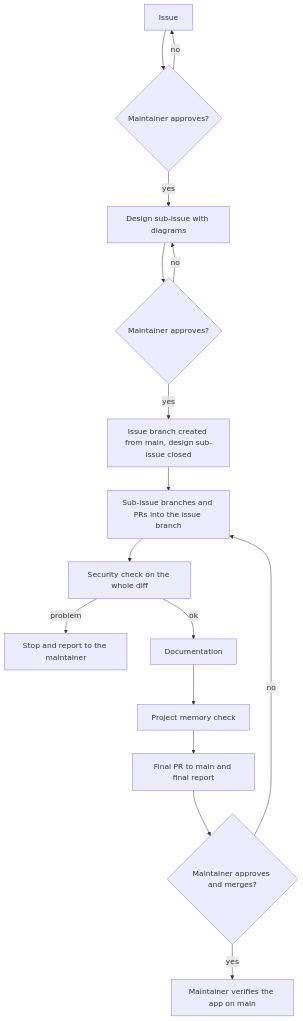
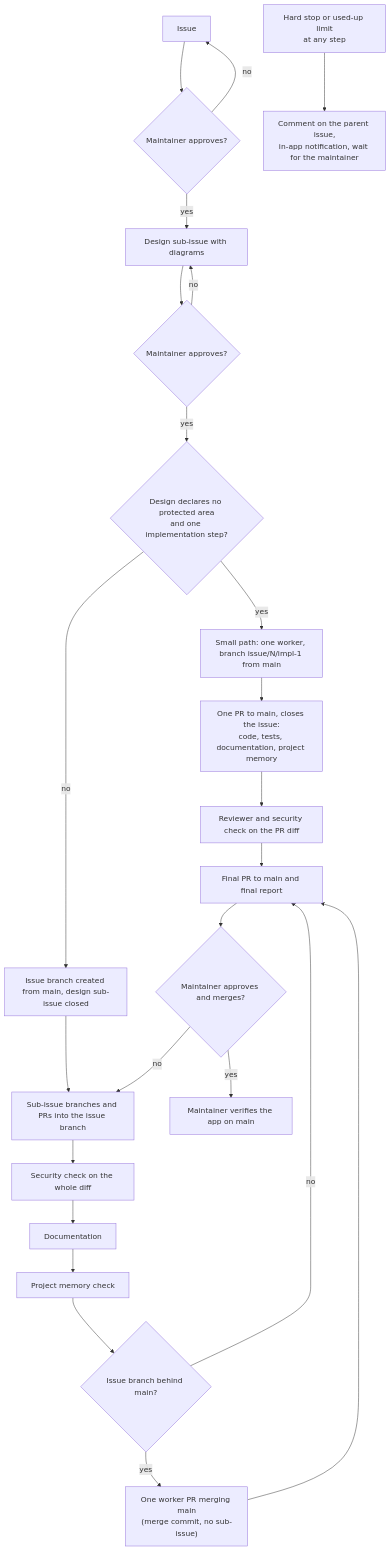
One commit to nuccio/google-tasks-enhancer changed the diagram in docs/maintainer-agent-workflow.md. Above: the diagram before and after it, drawn with Mermaid. The commit also changed other lines of this file and 2 other files, not shown here.

First line of the commit message:
Workflow rules: owner credentials, hard stops, small-issue path, permissions, final report

````diff
--- a/docs/maintainer-agent-workflow.md
+++ b/docs/maintainer-agent-workflow.md
@@ -25,18 +27,26 @@
 ```mermaid
 flowchart TD
     A[Issue] --> B{Maintainer approves?}
     B -- no --> A
     B -- yes --> C[Design sub-issue with diagrams]
     C --> D{Maintainer approves?}
     D -- no --> C
-    D -- yes --> E[Issue branch created from main, design sub-issue closed]
+    D -- yes --> P{"Design declares no protected area<br/>and one implementation step?"}
+    P -- yes --> S1["Small path: one worker, branch issue/N/impl-1 from main"]
+    S1 --> S2["One PR to main, closes the issue:<br/>code, tests, documentation, project memory"]
+    S2 --> S3["Reviewer and security check on the PR diff"]
+    S3 --> J
+    P -- no --> E[Issue branch created from main, design sub-issue closed]
     E --> F[Sub-issue branches and PRs into the issue branch]
     F --> G[Security check on the whole diff]
-    G -- problem --> S[Stop and report to the maintainer]
-    G -- ok --> H[Documentation]
+    G --> H[Documentation]
     H --> I[Project memory check]
-    I --> J[Final PR to main and final report]
+    I --> Y{Issue branch behind main?}
+    Y -- yes --> Z["One worker PR merging main<br/>(merge commit, no sub-issue)"]
+    Y -- no --> J
+    Z --> J[Final PR to main and final report]
     J --> K{Maintainer approves and merges?}
     K -- no --> F
     K -- yes --> L[Maintainer verifies the app on main]
+    X["Hard stop or used-up limit<br/>at any step"] --> N["Comment on the parent issue,<br/>in-app notification, wait for the maintainer"]
 ```
````
